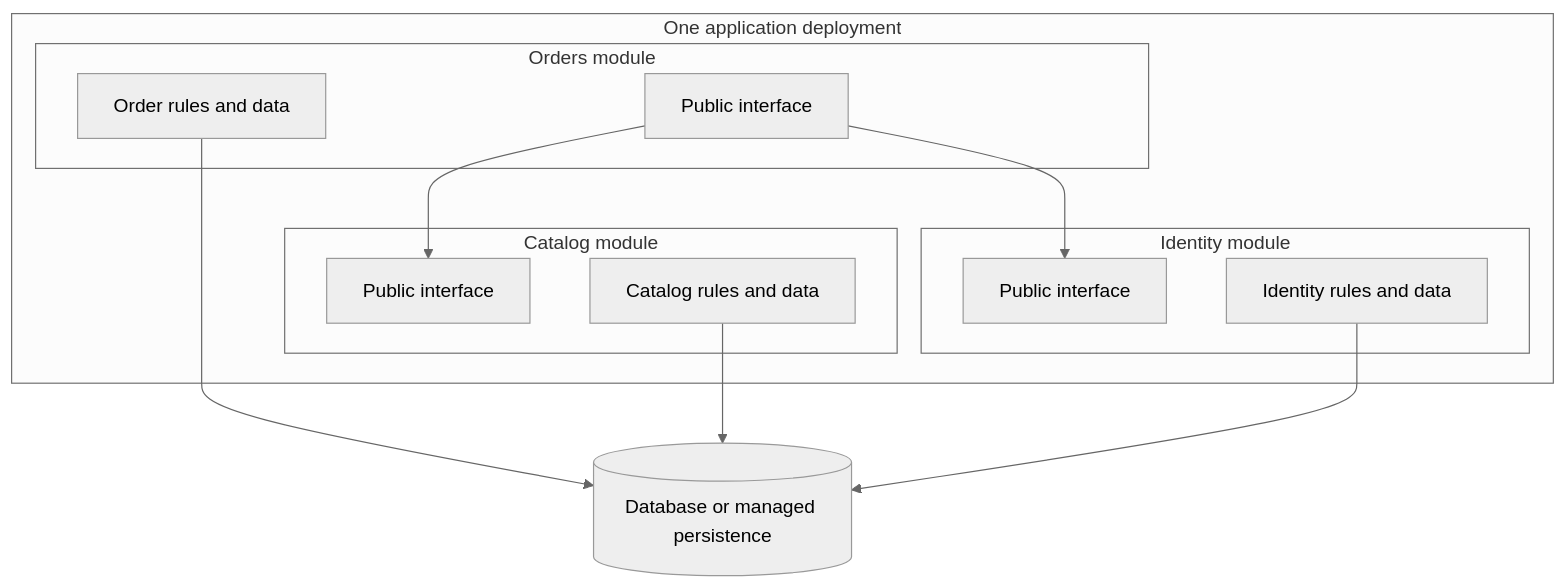
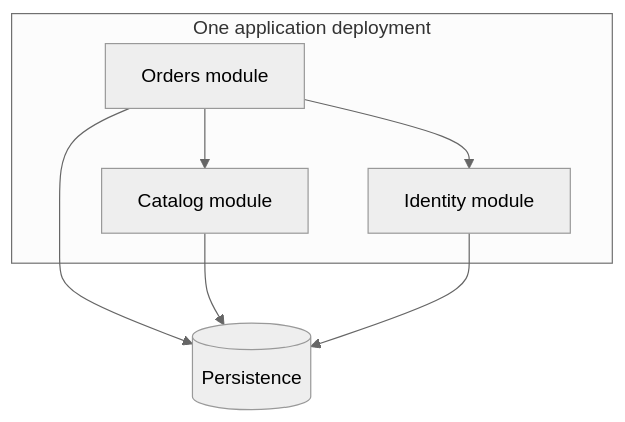
The diagram in docs/architectures/modular-monolith.md (Sandhiya0305/open-architecture-knowledge), drawn with Mermaid (neutral theme) before and after one commit. The commit also changed other lines of this file and 19 other files, not shown here.

Commit message:
refactor: simplify architecture knowledge portal

````diff
--- a/docs/architectures/modular-monolith.md
+++ b/docs/architectures/modular-monolith.md
@@ -9,23 +15,14 @@
 ```mermaid
 flowchart TB
     subgraph APP[One application deployment]
-      subgraph ORDERS[Orders module]
-        OAPI[Public interface]
-        ODOM[Order rules and data]
-      end
-      subgraph CATALOG[Catalog module]
-        CAPI[Public interface]
-        CDOM[Catalog rules and data]
-      end
-      subgraph USERS[Identity module]
-        UAPI[Public interface]
-        UDOM[Identity rules and data]
-      end
-      OAPI --> CAPI
-      OAPI --> UAPI
+        O[Orders module]
+        C[Catalog module]
+        I[Identity module]
+        O --> C
+        O --> I
     end
-    DB[(Database or managed persistence)]
-    ODOM --> DB
-    CDOM --> DB
-    UDOM --> DB
+    DB[(Persistence)]
+    O --> DB
+    C --> DB
+    I --> DB
 ```
````
